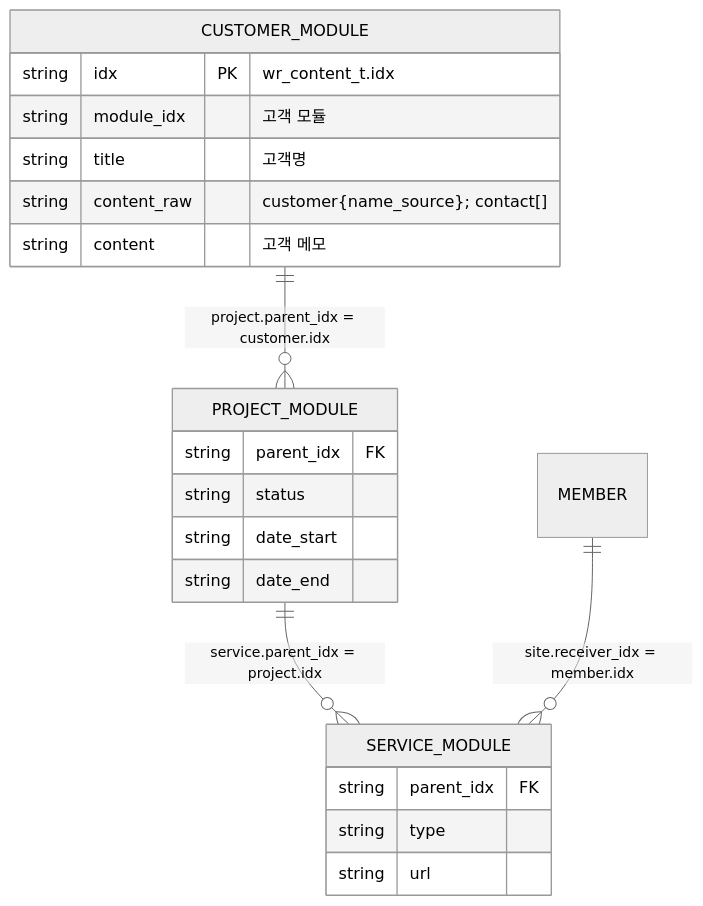
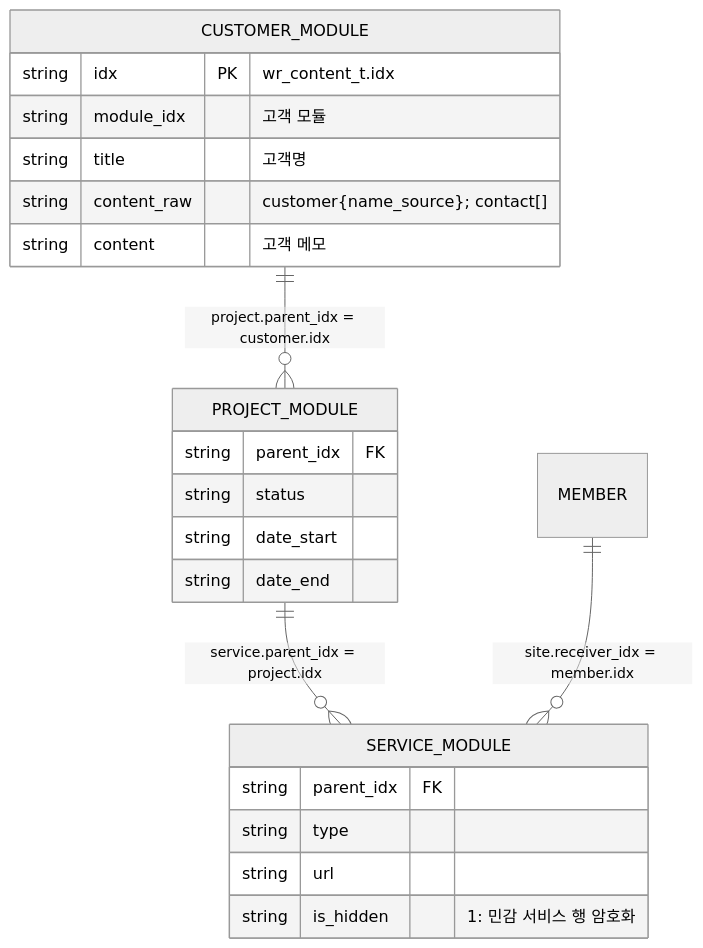
Before and after one commit to gyeolhwi/hermes34-project: the diagram in docs/wr-content-erd.md, drawn with Mermaid (neutral theme). The commit also changed other lines of this file and 8 other files, not shown here.

````diff
--- a/docs/wr-content-erd.md
+++ b/docs/wr-content-erd.md
@@ -5,20 +5,21 @@
 ```mermaid
 erDiagram
     CUSTOMER_MODULE ||--o{ PROJECT_MODULE : "project.parent_idx = customer.idx"
     PROJECT_MODULE ||--o{ SERVICE_MODULE : "service.parent_idx = project.idx"
     MEMBER ||--o{ SERVICE_MODULE : "site.receiver_idx = member.idx"
     CUSTOMER_MODULE {
       string idx PK "wr_content_t.idx"
       string module_idx "고객 모듈"
       string title "고객명"
       string content_raw "customer{name_source}; contact[]"
       string content "고객 메모"
     }
     PROJECT_MODULE { string parent_idx FK
                      string status
                      string date_start
                      string date_end }
     SERVICE_MODULE { string parent_idx FK
                   string type
-                  string url }
+                  string url
+                  string is_hidden "1: 민감 서비스 행 암호화" }
 ```
````
